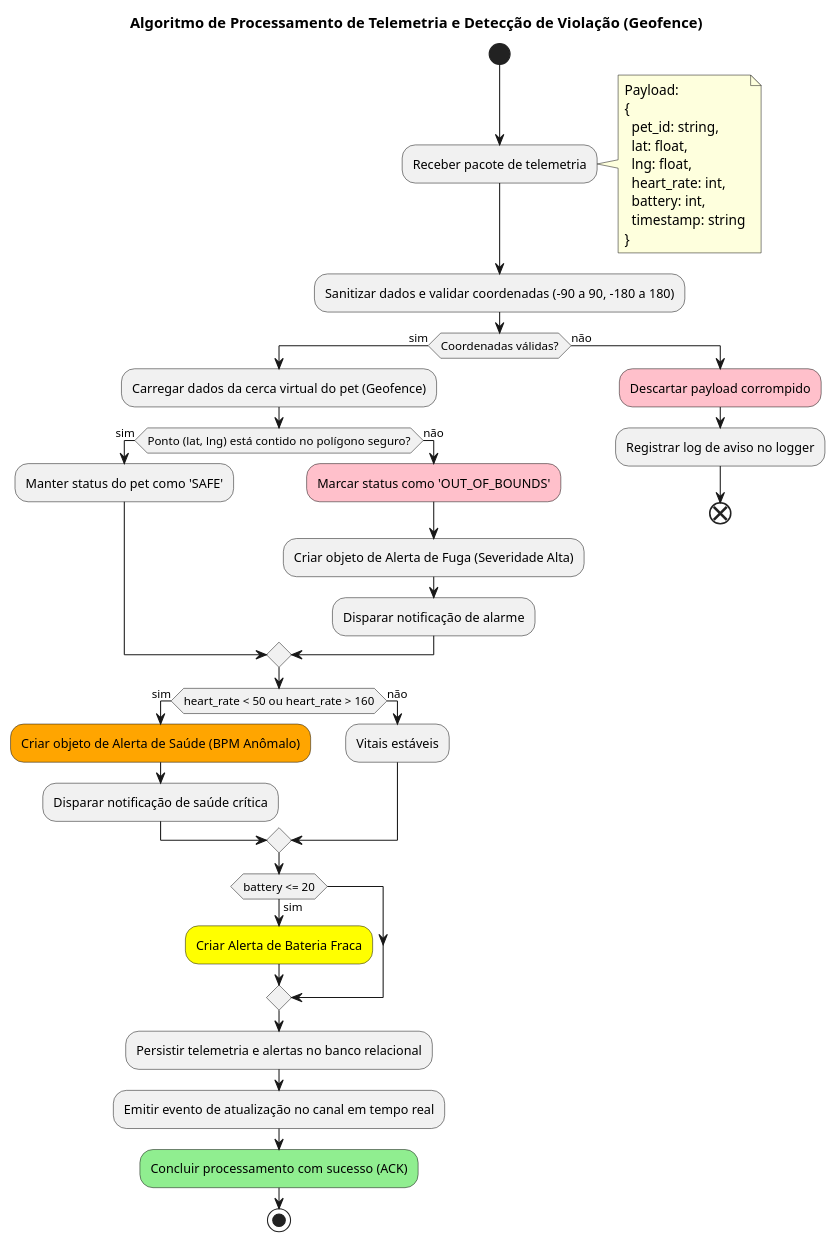
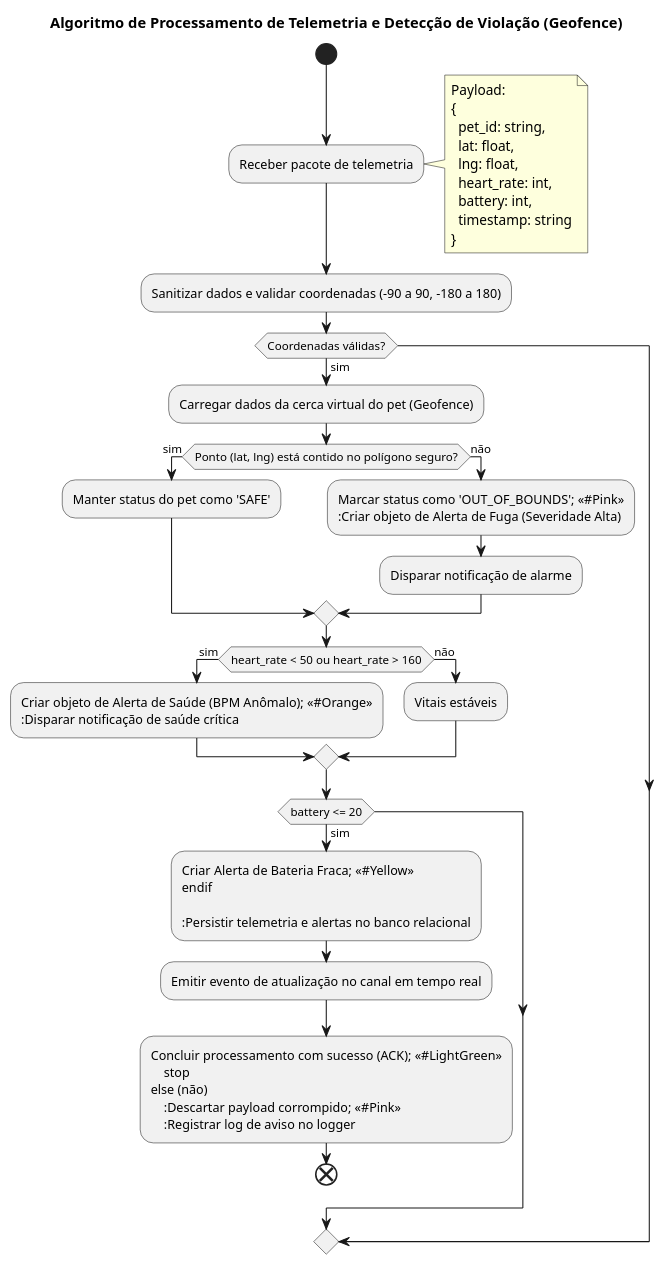
One commit to Kauane03/Distribuidos changed the second of 6 diagrams in FLUXOGRAMA.md. Above: the diagram before and after it, drawn with PlantUML. The commit also changed other lines of this file, not shown here.

Commit message:
fix(docs): atualiza sintaxe de cores do PlantUML para o padrao moderno <<#Color>>

````diff
--- a/FLUXOGRAMA.md
+++ b/FLUXOGRAMA.md
@@ -95,55 +95,55 @@
 ```plantuml
 @startuml
 title Algoritmo de Processamento de Telemetria e Detecção de Violação (Geofence)
 skinparam conditionStyle inside
 skinparam defaultFontName sans-serif
 
 start
 :Receber pacote de telemetria;
 note right
 Payload:
 {
   pet_id: string,
   lat: float,
   lng: float,
   heart_rate: int,
   battery: int,
   timestamp: string
 }
 end note
 
 :Sanitizar dados e validar coordenadas (-90 a 90, -180 a 180);
 
 if (Coordenadas válidas?) then (sim)
     :Carregar dados da cerca virtual do pet (Geofence);
     
     if (Ponto (lat, lng) está contido no polígono seguro?) then (sim)
         :Manter status do pet como 'SAFE';
     else (não)
-        #Pink:Marcar status como 'OUT_OF_BOUNDS';
+        :Marcar status como 'OUT_OF_BOUNDS'; <<#Pink>>
         :Criar objeto de Alerta de Fuga (Severidade Alta);
         :Disparar notificação de alarme;
     endif
     
     if (heart_rate < 50 ou heart_rate > 160) then (sim)
-        #Orange:Criar objeto de Alerta de Saúde (BPM Anômalo);
+        :Criar objeto de Alerta de Saúde (BPM Anômalo); <<#Orange>>
         :Disparar notificação de saúde crítica;
     else (não)
         :Vitais estáveis;
     endif
 
     if (battery <= 20) then (sim)
-        #Yellow:Criar Alerta de Bateria Fraca;
+        :Criar Alerta de Bateria Fraca; <<#Yellow>>
     endif
 
     :Persistir telemetria e alertas no banco relacional;
     :Emitir evento de atualização no canal em tempo real;
-    #LightGreen:Concluir processamento com sucesso (ACK);
+    :Concluir processamento com sucesso (ACK); <<#LightGreen>>
     stop
 else (não)
-    #Pink:Descartar payload corrompido;
+    :Descartar payload corrompido; <<#Pink>>
     :Registrar log de aviso no logger;
     end
 endif
 @enduml
 ```
````
